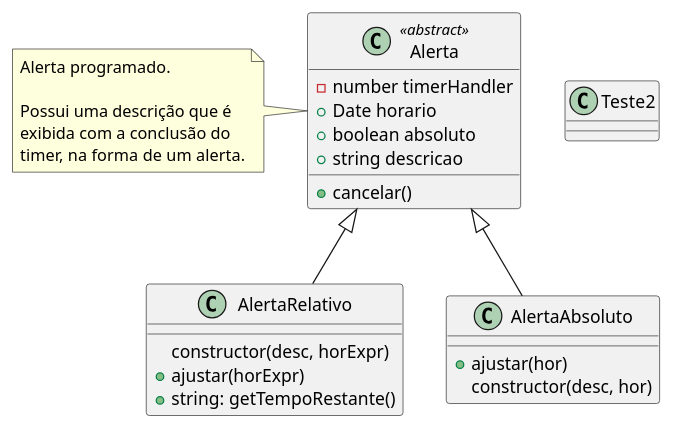
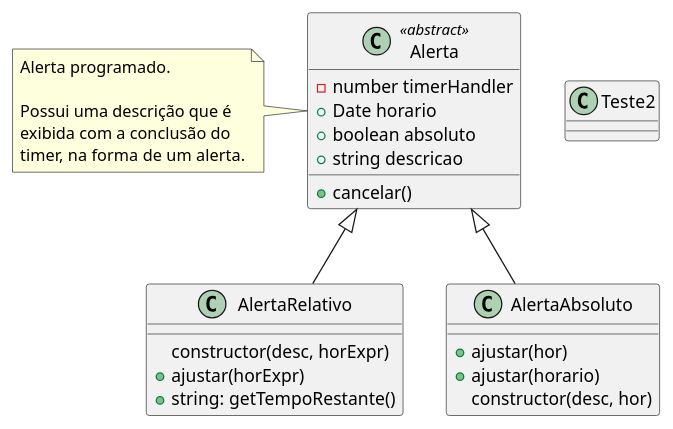
The diagram in classes.puml (ruipimentel/plantuml-demo), drawn with PlantUML before and after one commit.

Commit message:
alteracao

```diff
--- a/classes.puml
+++ b/classes.puml
@@ -1,31 +1,32 @@
 @startuml "Classes"
 
 top to bottom direction
 
 class Alerta <<abstract>> {
   - number timerHandler
   + Date horario
   + boolean absoluto
   + string descricao
   + cancelar()
 }
 note left of Alerta : Alerta programado.\n\nPossui uma descrição que é\nexibida com a conclusão do\ntimer, na forma de um alerta.
 
 class AlertaRelativo {
   constructor(desc, horExpr)
   + ajustar(horExpr)
   + string: getTempoRestante()
 }
 
 class AlertaAbsoluto {
   + ajustar(hor)
+  + ajustar(horario)
   constructor(desc, hor)
 }
 
 class Teste2 {
 }
 
 Alerta <|-- AlertaRelativo
 Alerta <|-- AlertaAbsoluto
 
 @enduml
```
